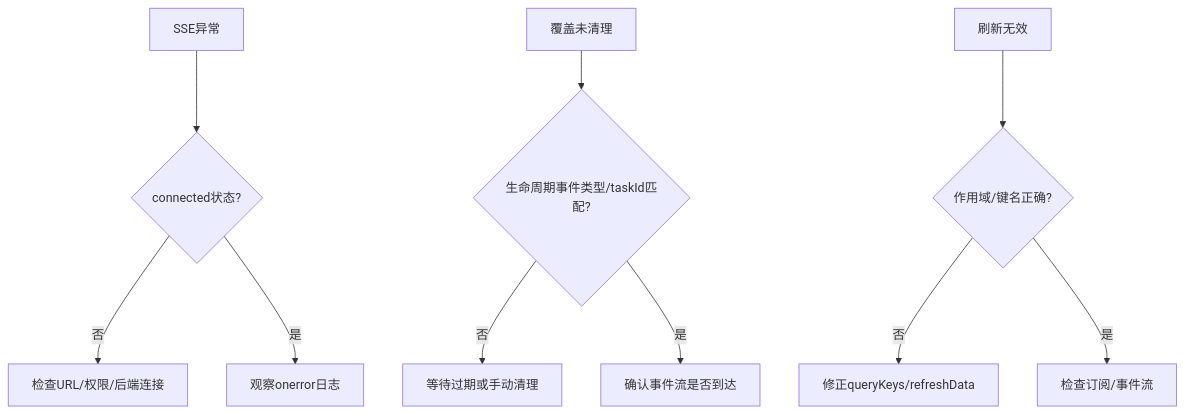
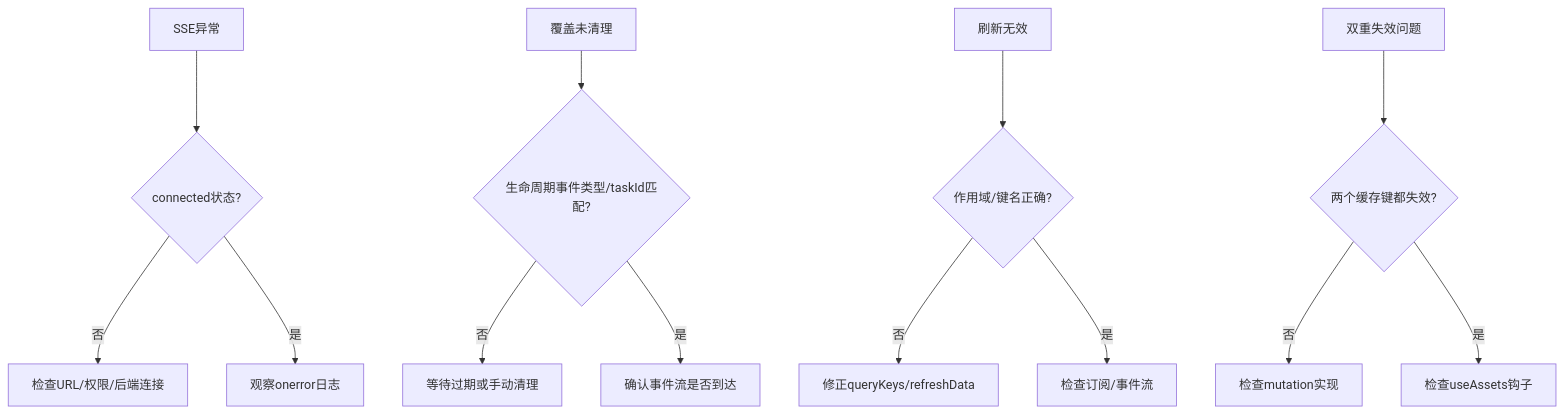
Before and after one commit to lyl2021/waoowaoo: the ninth of 9 diagrams in .qoder/repowiki/zh/content/前端组件架构/状态管理.md, drawn with Mermaid. The commit also changed other lines of this file and 41 other files, not shown here.

````diff
--- a/.qoder/repowiki/zh/content/前端组件架构/状态管理.md
+++ b/.qoder/repowiki/zh/content/前端组件架构/状态管理.md
@@ -316,12 +426,15 @@
 ```mermaid
 flowchart TD
 A["SSE异常"] --> B{"connected状态?"}
 B --> |否| C["检查URL/权限/后端连接"]
 B --> |是| D["观察onerror日志"]
 E["覆盖未清理"] --> F{"生命周期事件类型/taskId匹配?"}
 F --> |否| G["等待过期或手动清理"]
 F --> |是| H["确认事件流是否到达"]
 I["刷新无效"] --> J{"作用域/键名正确?"}
 J --> |否| K["修正queryKeys/refreshData"]
 J --> |是| L["检查订阅/事件流"]
+M["双重失效问题"] --> N{"两个缓存键都失效?"}
+N --> |否| O["检查mutation实现"]
+N --> |是| P["检查useAssets钩子"]
 ```
````
